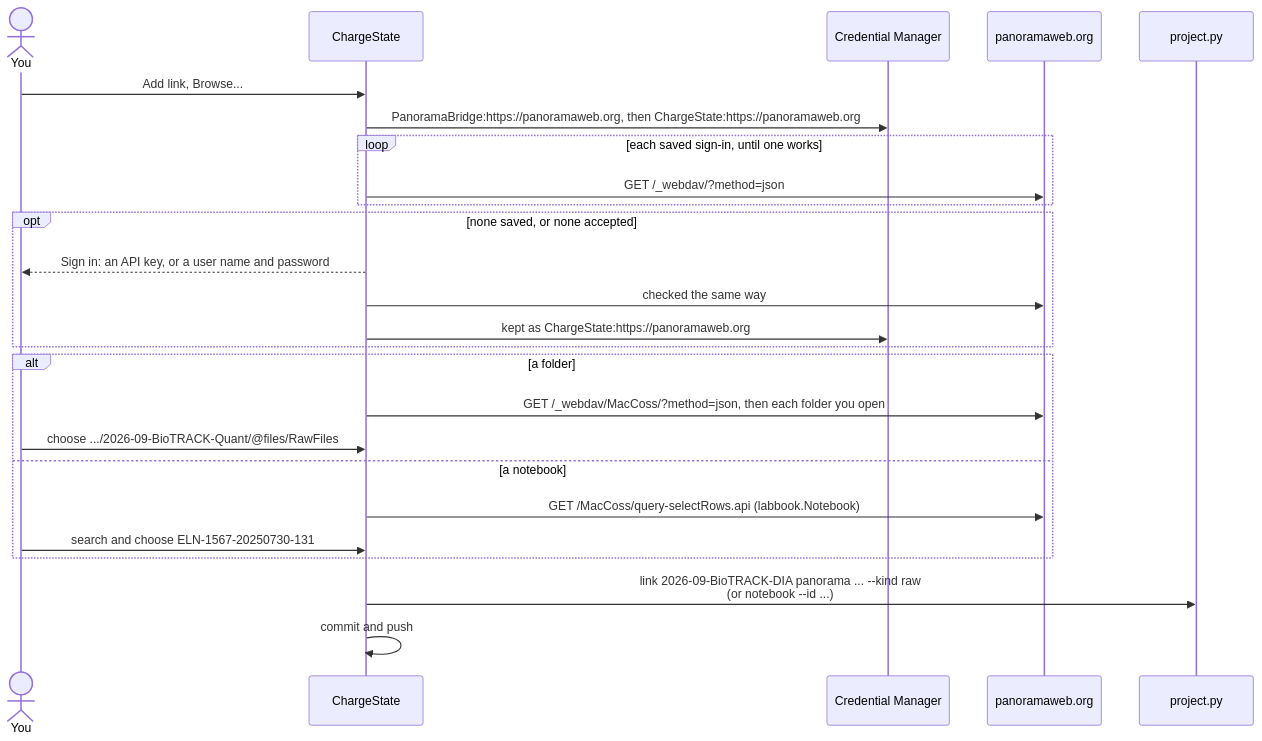
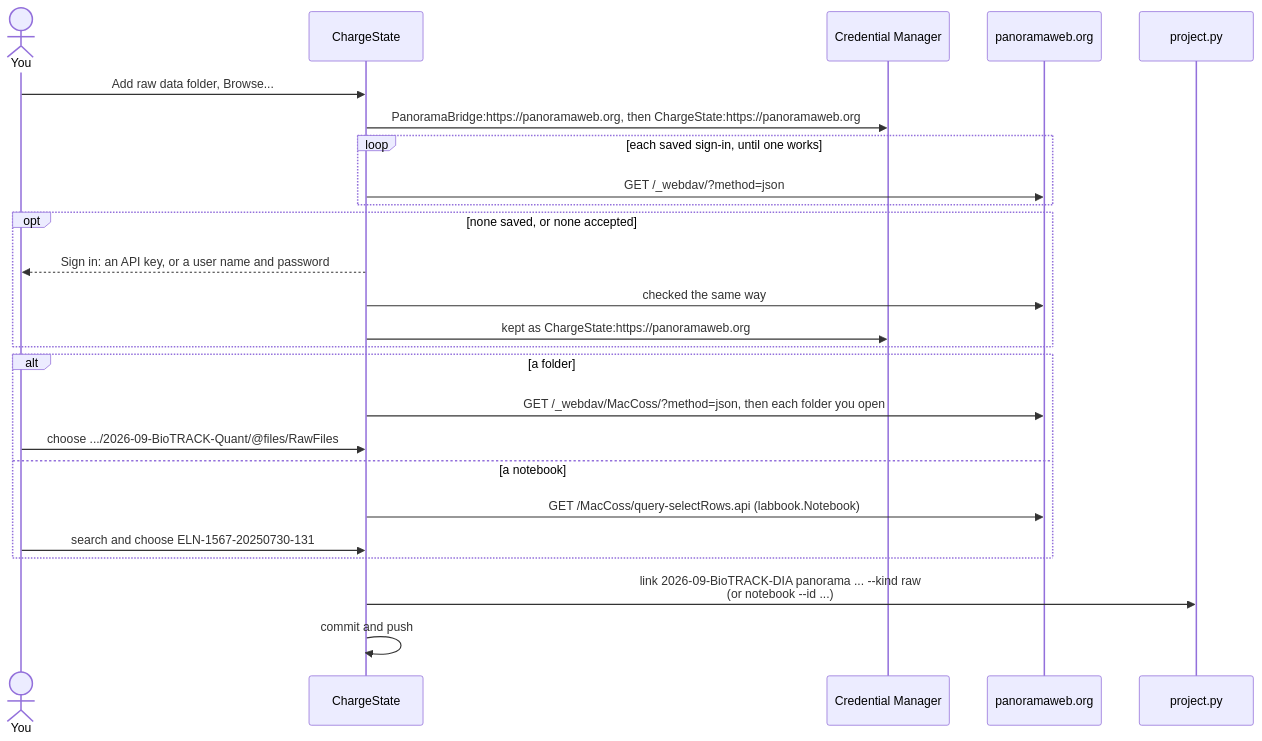
Before and after one commit to uw-maccosslab/LabOps: the sixth of 7 diagrams in docs/flows.md, drawn with Mermaid. The commit also changed other lines of this file and 10 other files, not shown here.

````diff
--- a/docs/flows.md
+++ b/docs/flows.md
@@ -185,28 +188,28 @@
 ```mermaid
 sequenceDiagram
     actor You
     participant App as ChargeState
     participant Creds as Credential Manager
     participant Panorama as panoramaweb.org
     participant Engine as project.py
 
-    You->>App: Add link, Browse...
+    You->>App: Add raw data folder, Browse...
     App->>Creds: PanoramaBridge:https://panoramaweb.org, then ChargeState:https://panoramaweb.org
     loop each saved sign-in, until one works
         App->>Panorama: GET /_webdav/?method=json
     end
     opt none saved, or none accepted
         App-->>You: Sign in: an API key, or a user name and password
         App->>Panorama: checked the same way
         App->>Creds: kept as ChargeState:https://panoramaweb.org
     end
     alt a folder
         App->>Panorama: GET /_webdav/MacCoss/?method=json, then each folder you open
         You->>App: choose .../2026-09-BioTRACK-Quant/@files/RawFiles
     else a notebook
         App->>Panorama: GET /MacCoss/query-selectRows.api (labbook.Notebook)
         You->>App: search and choose ELN-1567-20250730-131
     end
     App->>Engine: link 2026-09-BioTRACK-DIA panorama ... --kind raw<br/>(or notebook --id ...)
     App->>App: commit and push
 ```
````
